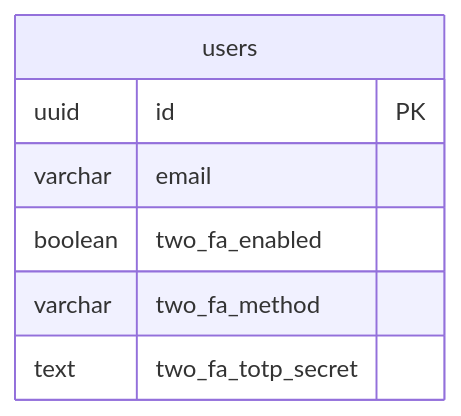
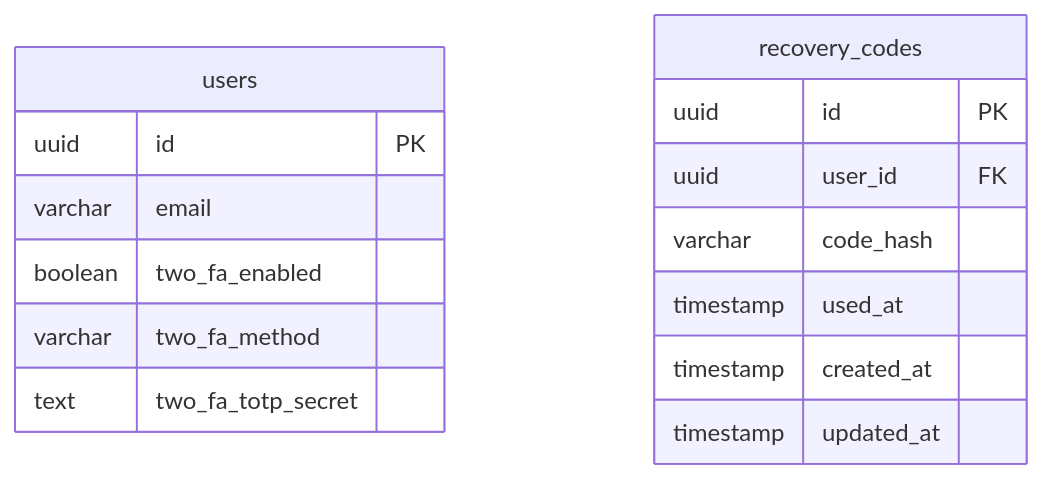
One commit to daviduzondu/skillbridge-stage-5-be changed the seventh of 7 diagrams in system-design.md. Above: the diagram before and after it, drawn with Mermaid. The commit also changed other lines of this file and 11 other files, not shown here.

````diff
--- a/system-design.md
+++ b/system-design.md
@@ -150,10 +197,19 @@
 ```mermaid
 erDiagram
     users {
         uuid id PK
         varchar email
         boolean two_fa_enabled
         varchar two_fa_method
         text two_fa_totp_secret
     }
+
+    recovery_codes {
+        uuid id PK
+        uuid user_id FK
+        varchar code_hash
+        timestamp used_at
+        timestamp created_at
+        timestamp updated_at
+    }
 ```
````
